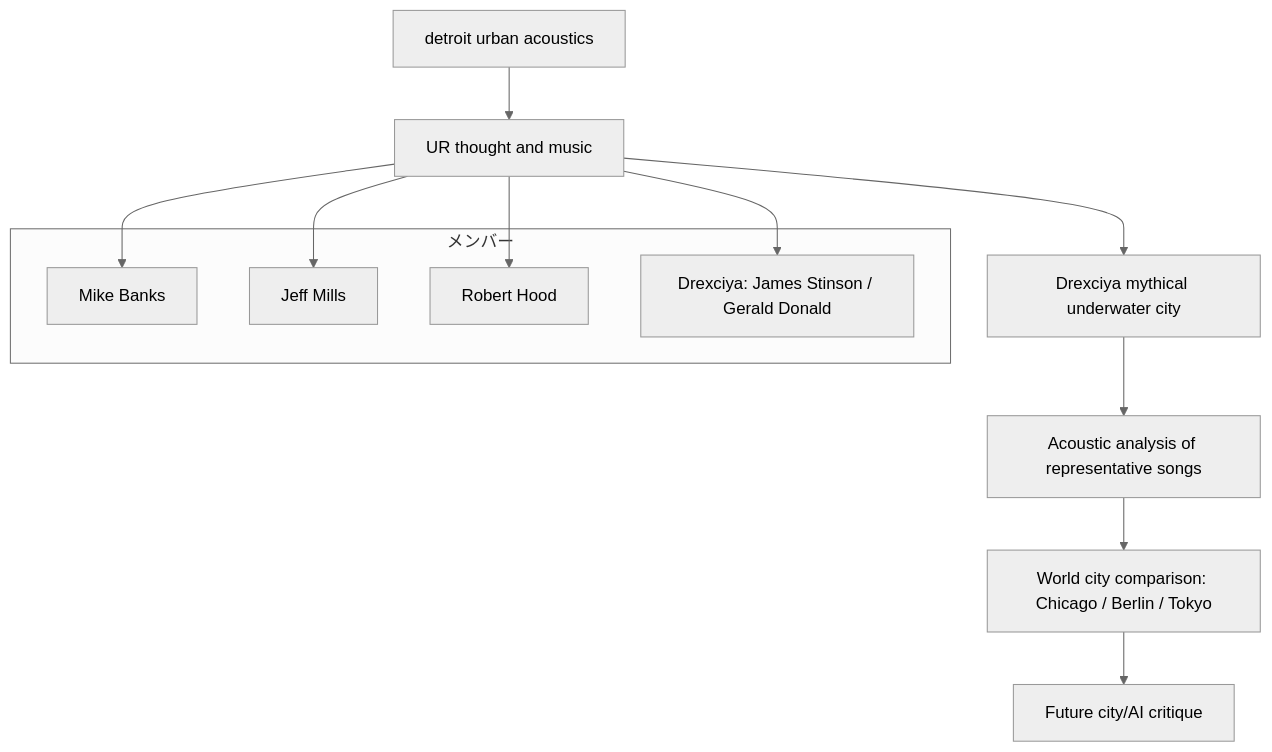
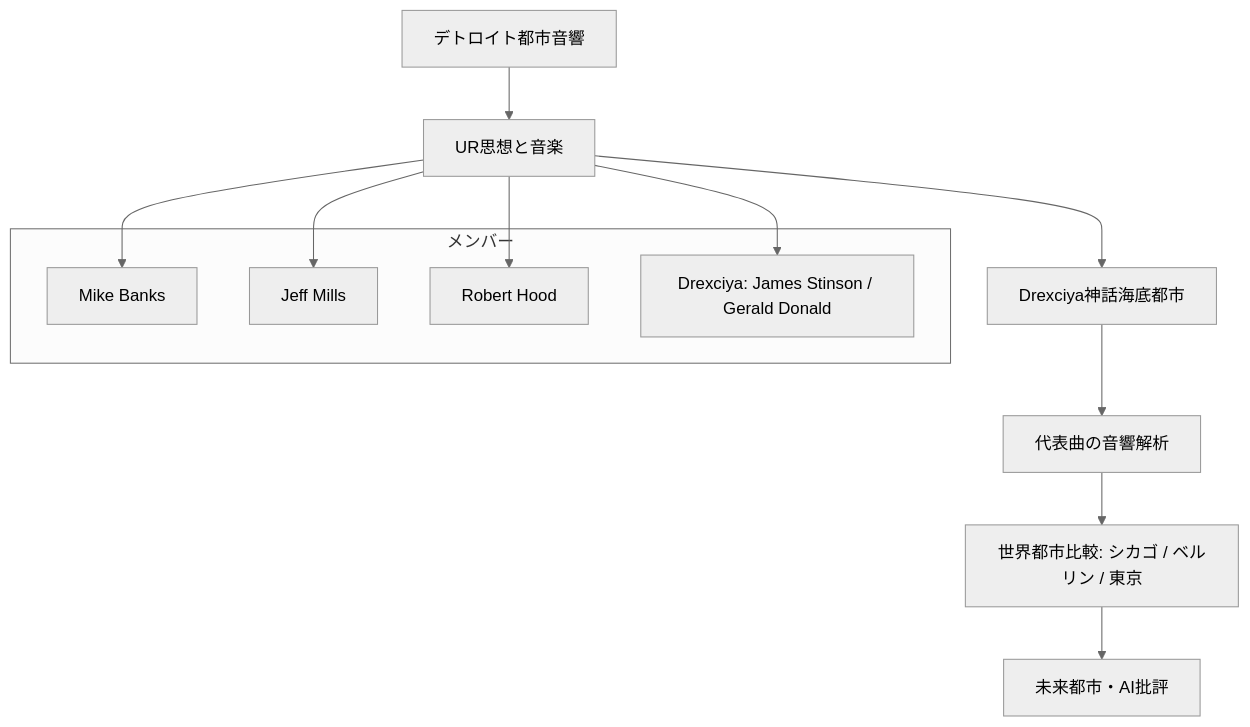
Before and after one commit to monumental-movement/monumental-movement.github.io: the first of 4 diagrams in en/_posts/2025-11-15-column-ur.md, drawn with Mermaid (neutral theme). The commit also changed other lines of this file and 775 other files, not shown here.

```diff
--- a/en/_posts/2025-11-15-column-ur.md
+++ b/en/_posts/2025-11-15-column-ur.md
@@ -209,23 +208,23 @@
 <div class="mermaid">
 
 graph TD
 
-    A[detroit urban acoustics] --> B[UR thought and music]
-    B --> C[Drexciya mythical underwater city]
-    C --> D[Acoustic analysis of representative songs]
-    D --> E[World city comparison: Chicago / Berlin / Tokyo]
-    E --> F[Future city/AI critique]
+    A[デトロイト都市音響] --> B[UR思想と音楽]
+    B --> C[Drexciya神話海底都市]
+    C --> D[代表曲の音響解析]
+    D --> E[世界都市比較: シカゴ / ベルリン / 東京]
+    E --> F[未来都市・AI批評]
 
     subgraph メンバー
         MB[Mike Banks]
         JM[Jeff Mills]
         RH[Robert Hood]
         DR[Drexciya: James Stinson / Gerald Donald]
     end
 
     B --> MB
     B --> JM
     B --> RH
     B --> DR
 
 </div>
```
